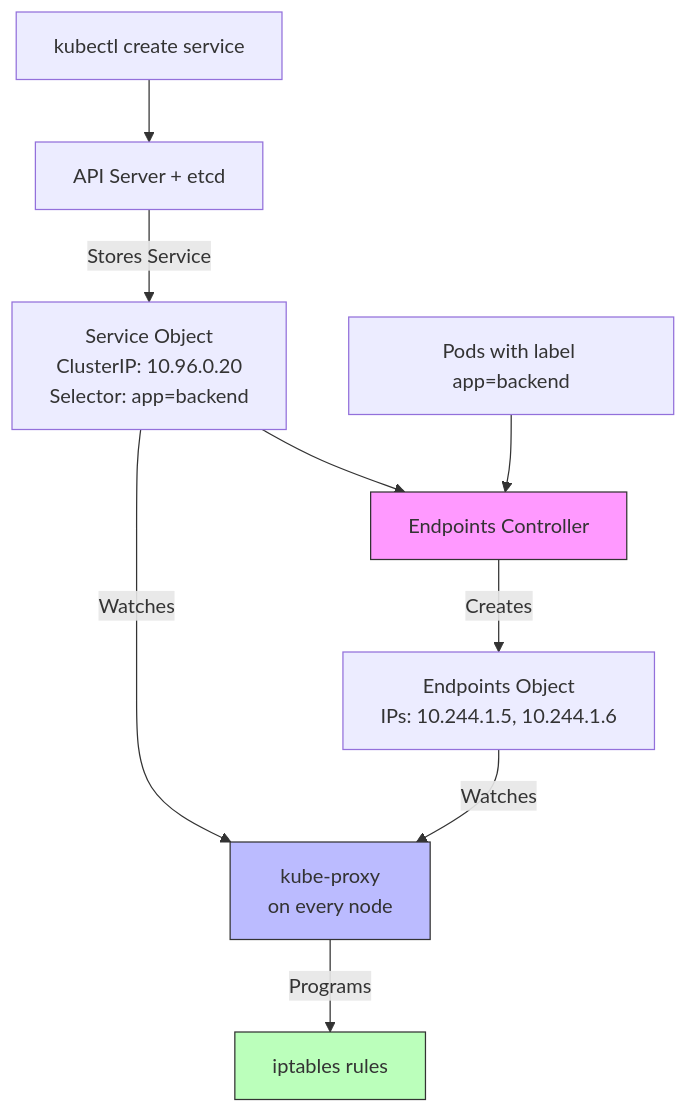
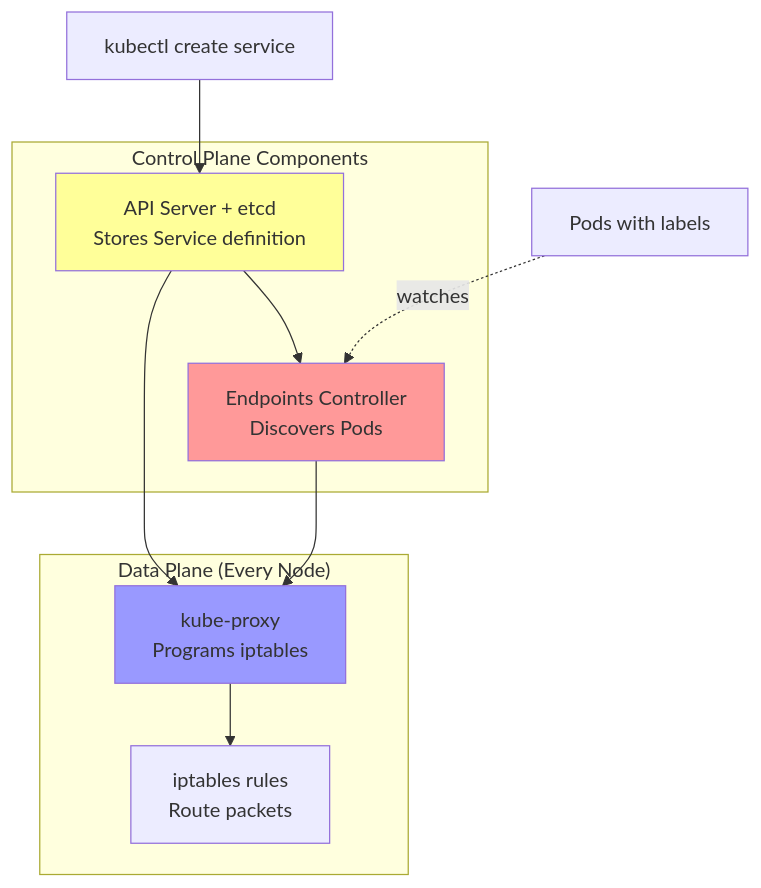
The fourth of 10 diagrams in k8s/02_Kubernetes_Services_Networking.md (Anmol33/SystemDesign), drawn with Mermaid before and after one commit. The commit also changed other lines of this file and 1 other file, not shown here.

First line of the commit message:
MAJOR REORGANIZATION: Transform Service networking into professional Medium-style post

````diff
--- a/k8s/02_Kubernetes_Services_Networking.md
+++ b/k8s/02_Kubernetes_Services_Networking.md
@@ -706,19 +432,25 @@
 ```mermaid
 graph TB
-    User[kubectl create service] --> API[API Server + etcd]
-    API --> |Stores Service| Service[Service Object<br/>ClusterIP: 10.96.0.20<br/>Selector: app=backend]
+    User[kubectl create service] --> API[API Server]
     
-    Service --> EC[Endpoints Controller]
-    Pods[Pods with label app=backend] --> EC
+    subgraph Control["Control Plane Components"]
+        API[API Server + etcd<br/>Stores Service definition]
+        EC[Endpoints Controller<br/>Discovers Pods]
+    end
     
-    EC --> |Creates| Endpoints[Endpoints Object<br/>IPs: 10.244.1.5, 10.244.1.6]
+    subgraph Data["Data Plane (Every Node)"]
+        KP[kube-proxy<br/>Programs iptables]
+        IPT[iptables rules<br/>Route packets]
+    end
     
-    Endpoints --> |Watches| KP[kube-proxy<br/>on every node]
-    Service --> |Watches| KP
+    API --> EC
+    API --> KP
+    EC --> KP
+    KP --> IPT
     
-    KP --> |Programs| IPT[iptables rules]
+    Pods[Pods with labels] -.watches.-> EC
     
-    style EC fill:#f9f,stroke:#333
-    style KP fill:#bbf,stroke:#333
-    style IPT fill:#bfb,stroke:#333
+    style EC fill:#ff9999
+    style KP fill:#9999ff
+    style API fill:#ffff99
 ```
````
